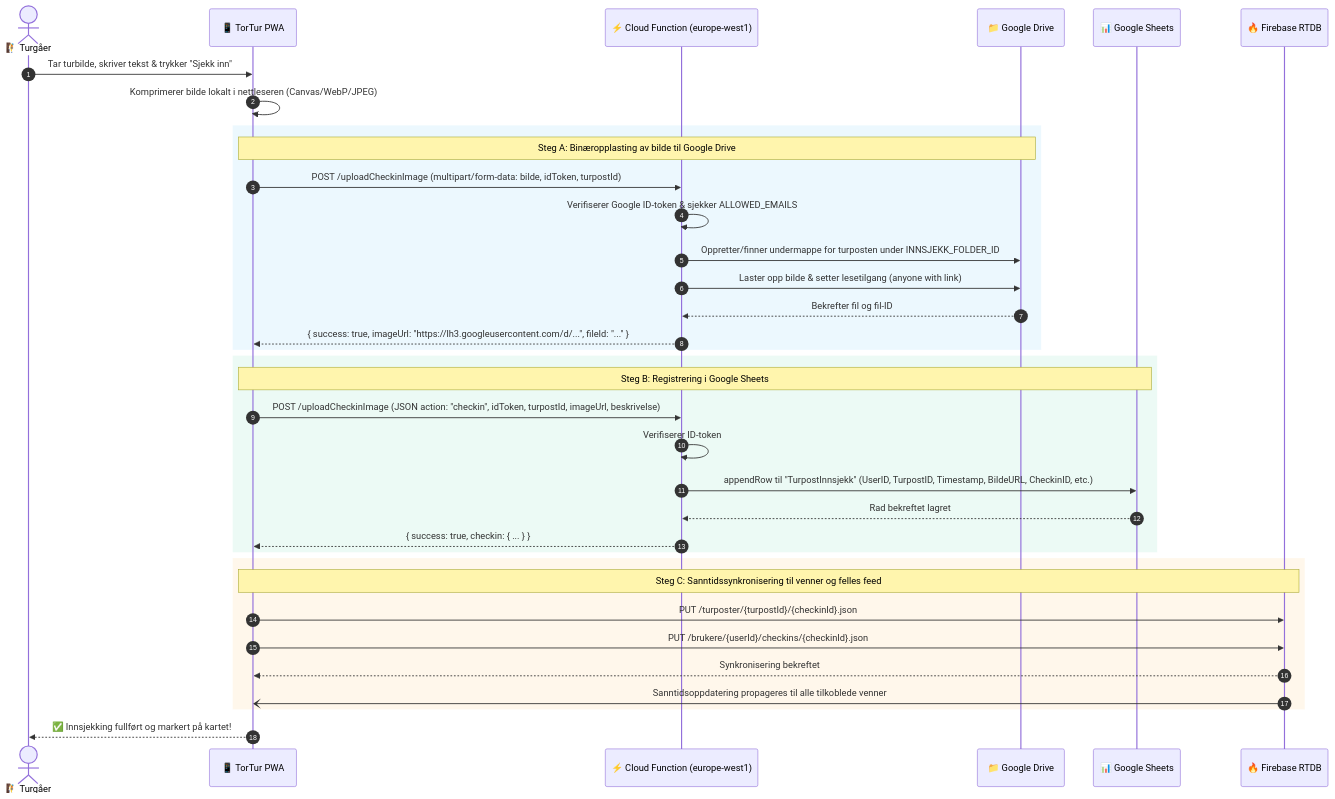
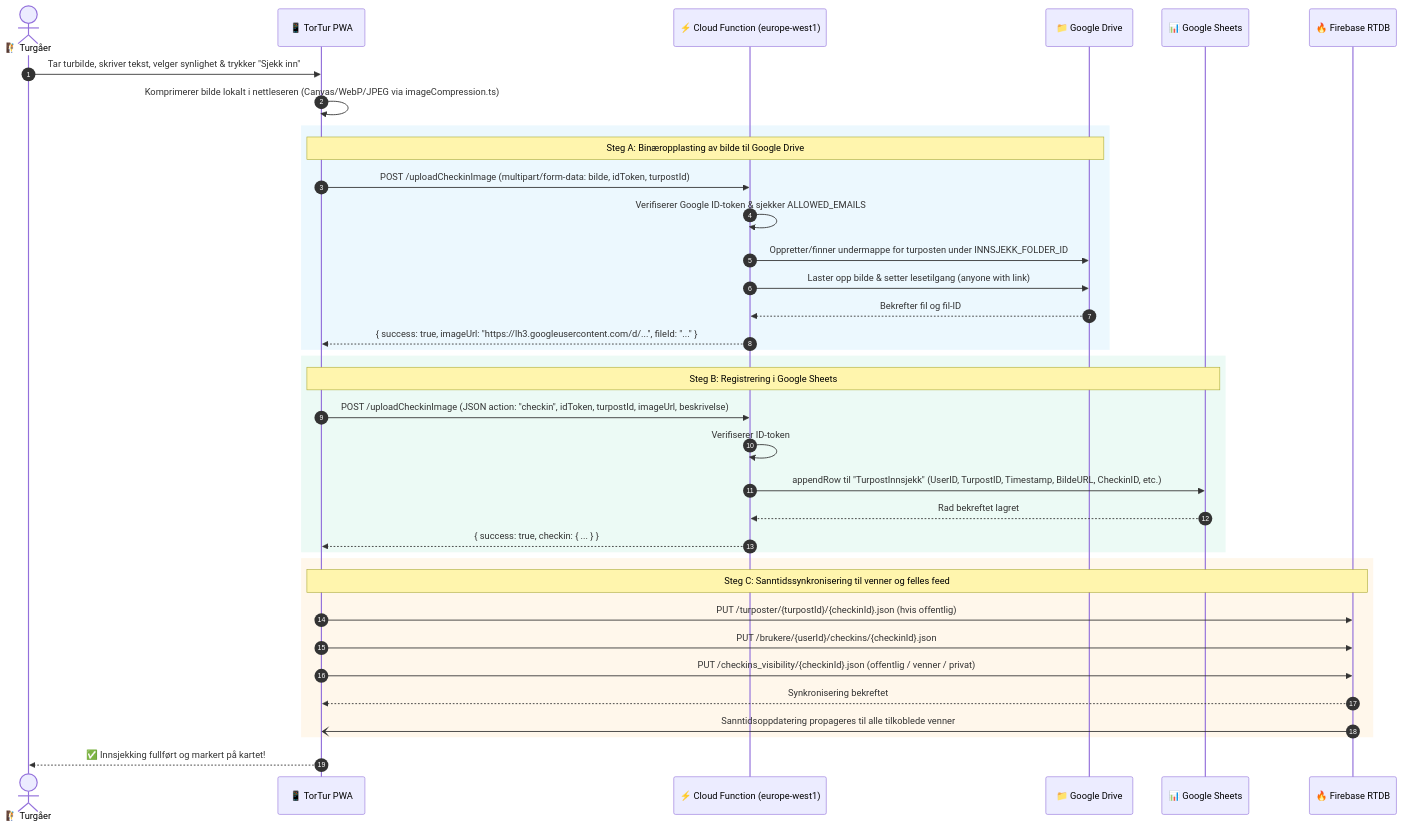
The second of 4 diagrams in ARCHITECTURE.md (tmala/tortur), drawn with Mermaid before and after one commit. The commit also changed other lines of this file and 1 other file, not shown here.

Commit message:
docs: update README and ARCHITECTURE documentation to reflect latest features and tech stack

````diff
--- a/ARCHITECTURE.md
+++ b/ARCHITECTURE.md
@@ -51,42 +51,43 @@
 ```mermaid
 sequenceDiagram
     autonumber
     actor Bruker as 🧗 Turgåer
     participant Klient as 📱 TorTur PWA
     participant GCF as ⚡ Cloud Function (europe-west1)
     participant Drive as 📁 Google Drive
     participant Sheets as 📊 Google Sheets
     participant Firebase as 🔥 Firebase RTDB
 
-    Bruker->>Klient: Tar turbilde, skriver tekst & trykker "Sjekk inn"
-    Klient->>Klient: Komprimerer bilde lokalt i nettleseren (Canvas/WebP/JPEG)
+    Bruker->>Klient: Tar turbilde, skriver tekst, velger synlighet & trykker "Sjekk inn"
+    Klient->>Klient: Komprimerer bilde lokalt i nettleseren (Canvas/WebP/JPEG via imageCompression.ts)
 
     rect rgb(14, 165, 233, 0.08)
     note over Klient,Drive: Steg A: Binæropplasting av bilde til Google Drive
     Klient->>GCF: POST /uploadCheckinImage (multipart/form-data: bilde, idToken, turpostId)
     GCF->>GCF: Verifiserer Google ID-token & sjekker ALLOWED_EMAILS
     GCF->>Drive: Oppretter/finner undermappe for turposten under INNSJEKK_FOLDER_ID
     GCF->>Drive: Laster opp bilde & setter lesetilgang (anyone with link)
     Drive-->>GCF: Bekrefter fil og fil-ID
     GCF-->>Klient: { success: true, imageUrl: "https://lh3.googleusercontent.com/d/...", fileId: "..." }
     end
 
     rect rgb(16, 185, 129, 0.08)
     note over Klient,Sheets: Steg B: Registrering i Google Sheets
     Klient->>GCF: POST /uploadCheckinImage (JSON action: "checkin", idToken, turpostId, imageUrl, beskrivelse)
     GCF->>GCF: Verifiserer ID-token
     GCF->>Sheets: appendRow til "TurpostInnsjekk" (UserID, TurpostID, Timestamp, BildeURL, CheckinID, etc.)
     Sheets-->>GCF: Rad bekreftet lagret
     GCF-->>Klient: { success: true, checkin: { ... } }
     end
 
     rect rgb(245, 158, 11, 0.08)
     note over Klient,Firebase: Steg C: Sanntidssynkronisering til venner og felles feed
-    Klient->>Firebase: PUT /turposter/{turpostId}/{checkinId}.json
+    Klient->>Firebase: PUT /turposter/{turpostId}/{checkinId}.json (hvis offentlig)
     Klient->>Firebase: PUT /brukere/{userId}/checkins/{checkinId}.json
+    Klient->>Firebase: PUT /checkins_visibility/{checkinId}.json (offentlig / venner / privat)
     Firebase-->>Klient: Synkronisering bekreftet
     Firebase-)Klient: Sanntidsoppdatering propageres til alle tilkoblede venner
     end
 
     Klient-->>Bruker: ✅ Innsjekking fullført og markert på kartet!
 ```
````
